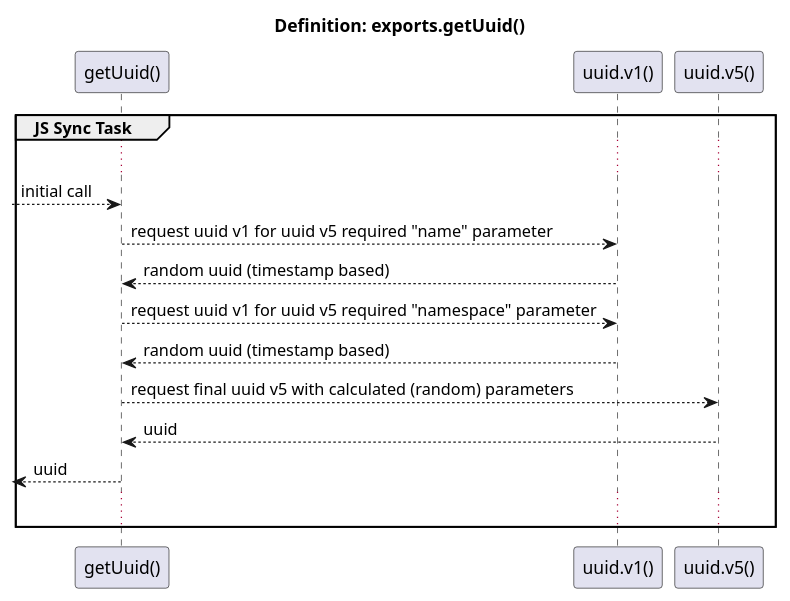
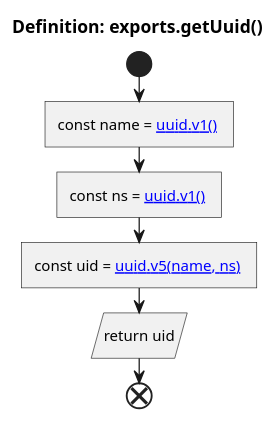
Before and after one commit to imazzine/imazzine.github.io: the second of 50 diagrams in _uml/puml/EventTargetAPI.puml, drawn with PlantUML. The commit also changed other lines of this file and 174 other files, not shown here.

```diff
--- a/_uml/puml/EventTargetAPI.puml
+++ b/_uml/puml/EventTargetAPI.puml
@@ -165,20 +207,10 @@
 @startuml Definition_exports.getUuid
     title Definition: exports.getUuid()
 
-    participant "getUuid()" as fn
-    participant "uuid.v1()" as v1 [[https://www.npmjs.com/package/uuid#version-1-timestamp]]
-    participant "uuid.v5()" as v5 [[https://www.npmjs.com/package/uuid#version-5-namespace]]
-
-    group JS Sync Task
-        ...
-        --> fn: initial call
-        fn --> v1: request uuid v1 for uuid v5 required "name" parameter
-        fn <-- v1: random uuid (timestamp based)
-        fn --> v1: request uuid v1 for uuid v5 required "namespace" parameter
-        fn <-- v1: random uuid (timestamp based)
-        fn --> v5: request final uuid v5 with calculated (random) parameters
-        fn <-- v5: uuid
-        <-- fn: uuid
-        ...
+    start
+        :const name = [[https://www.npmjs.com/package/uuid#version-1-timestamp uuid.v1()]] ]
+        :const ns = [[https://www.npmjs.com/package/uuid#version-1-timestamp uuid.v1()]] ]
+        :const uid = [[https://www.npmjs.com/package/uuid#version-5-namespace uuid.v5(name, ns)]] ]
+        :return uid/
     end
 @enduml
```
